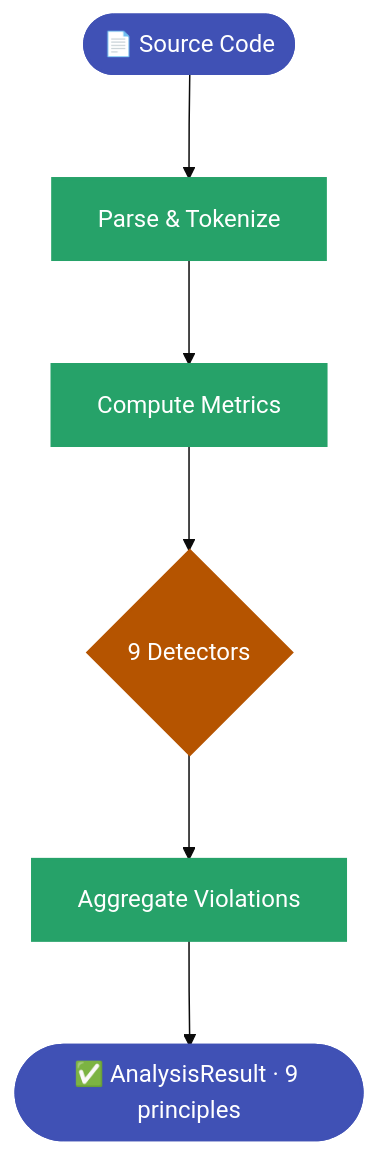
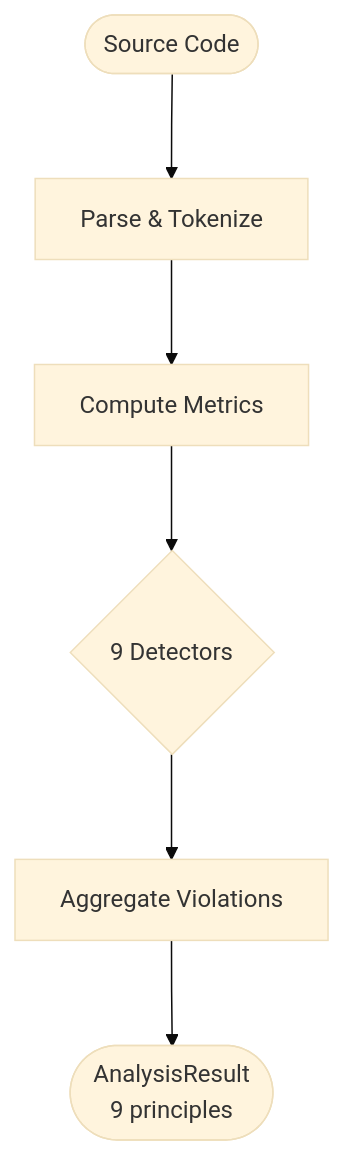
The third of 4 diagrams in docs/user-guide/languages/latex.md (Anselmoo/mcp-zen-of-languages), drawn with Mermaid before and after one commit. The commit also changed other lines of this file and 18 other files, not shown here.

````diff
--- a/docs/user-guide/languages/latex.md
+++ b/docs/user-guide/languages/latex.md
@@ -274,16 +232,9 @@
     ```mermaid
-%%{init: {"theme": "base", "flowchart": {"useMaxWidth": false, "htmlLabels": true, "nodeSpacing": 50, "rankSpacing": 70}}}%%
+    %%{init: {"theme": "base", "flowchart": {"useMaxWidth": false, "htmlLabels": true, "nodeSpacing": 50, "rankSpacing": 70}}}%%
     flowchart TD
-    Source(["📄 Source Code"]) --> Parse["Parse & Tokenize"]
+    Source(["Source Code"]) --> Parse["Parse & Tokenize"]
     Parse --> Metrics["Compute Metrics"]
     Metrics --> Pipeline{"9 Detectors"}
     Pipeline --> Collect["Aggregate Violations"]
-    Collect --> Result(["✅ AnalysisResult · 9 principles"])
-
-    classDef io fill:#4051b5,color:#ffffff,stroke:#4051b5,stroke-width:2px
-    classDef process fill:#26a269,color:#ffffff,stroke:#26a269,stroke-width:2px
-    classDef decision fill:#b55400,color:#ffffff,stroke:#b55400,stroke-width:2px
-    class Source,Result io
-    class Parse,Metrics,Collect process
-    class Pipeline decision
+    Collect --> Result(["AnalysisResult<br/>9 principles"])
     ```
````
